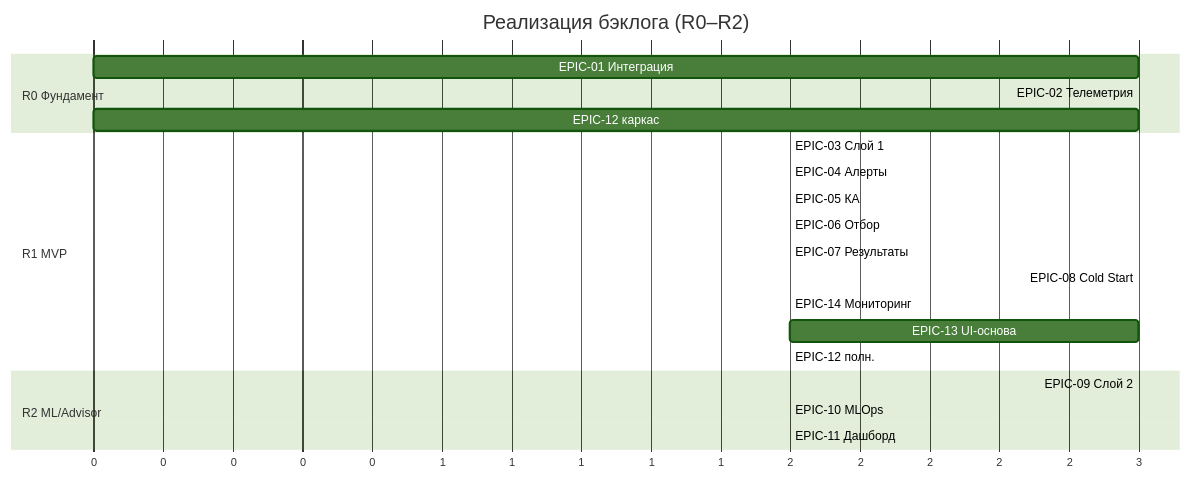
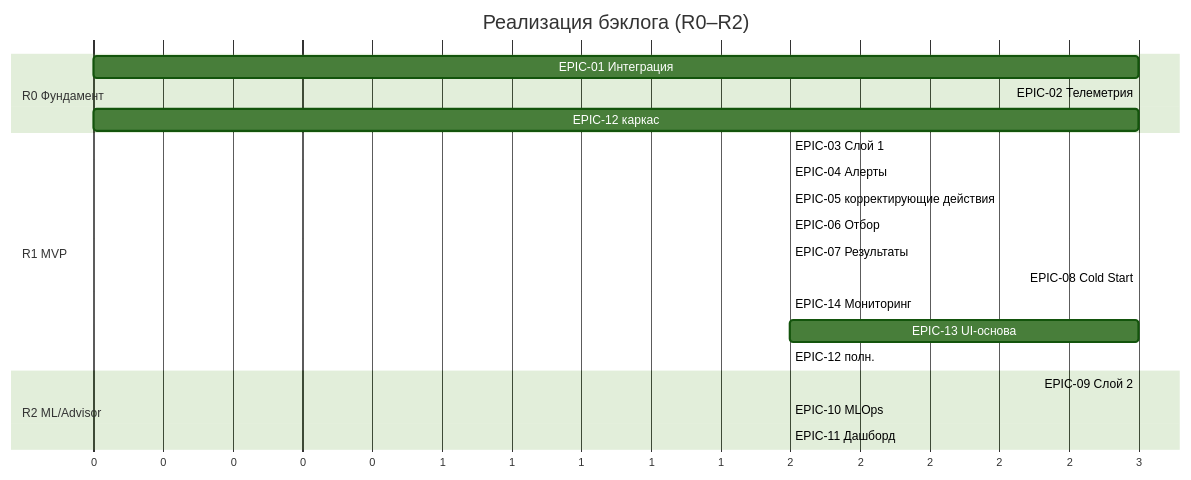
Before and after one commit to igorvolk1961/water_checker: the diagram in docs/system_analysis/plans/backlog_implementation_plan.md, drawn with Mermaid (forest theme). The commit also changed other lines of this file and 6 other files, not shown here.

````diff
--- a/docs/system_analysis/plans/backlog_implementation_plan.md
+++ b/docs/system_analysis/plans/backlog_implementation_plan.md
@@ -81,24 +81,24 @@
 ```mermaid
 gantt
     title Реализация бэклога (R0–R2)
     dateFormat X
     axisFormat %s
     section R0 Фундамент
     EPIC-01 Интеграция      :e1, 0, 3
     EPIC-02 Телеметрия      :e2, after e1, 3
     EPIC-12 каркас          :e12a, 0, 3
     section R1 MVP
     EPIC-03 Слой 1          :e3, after e2, 2
     EPIC-04 Алерты          :e4, after e3, 2
-    EPIC-05 КА              :e5, after e4, 2
+    EPIC-05 корректирующие действия :e5, after e4, 2
     EPIC-06 Отбор           :e6, after e4, 2
     EPIC-07 Результаты      :e7, after e1, 2
     EPIC-08 Cold Start      :e8, after e2, 3
     EPIC-14 Мониторинг      :e14, after e2, 2
     EPIC-13 UI-основа       :e13, after e4, 3
     EPIC-12 полн.          :e12, after e8, 2
     section R2 ML/Advisor
     EPIC-09 Слой 2          :e9, after e8, 3
     EPIC-10 MLOps           :e10, after e9, 2
     EPIC-11 Дашборд         :e11, after e9, 2
 ```
````
